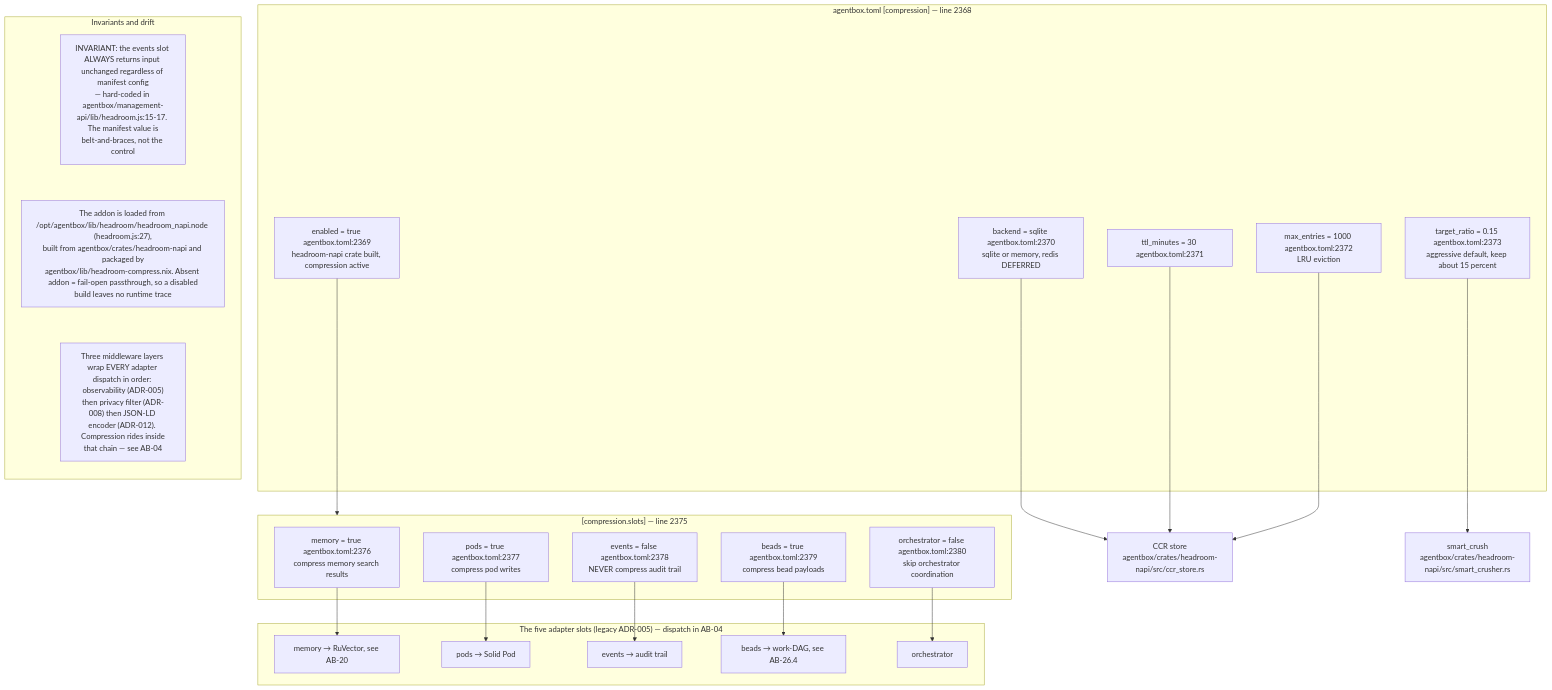
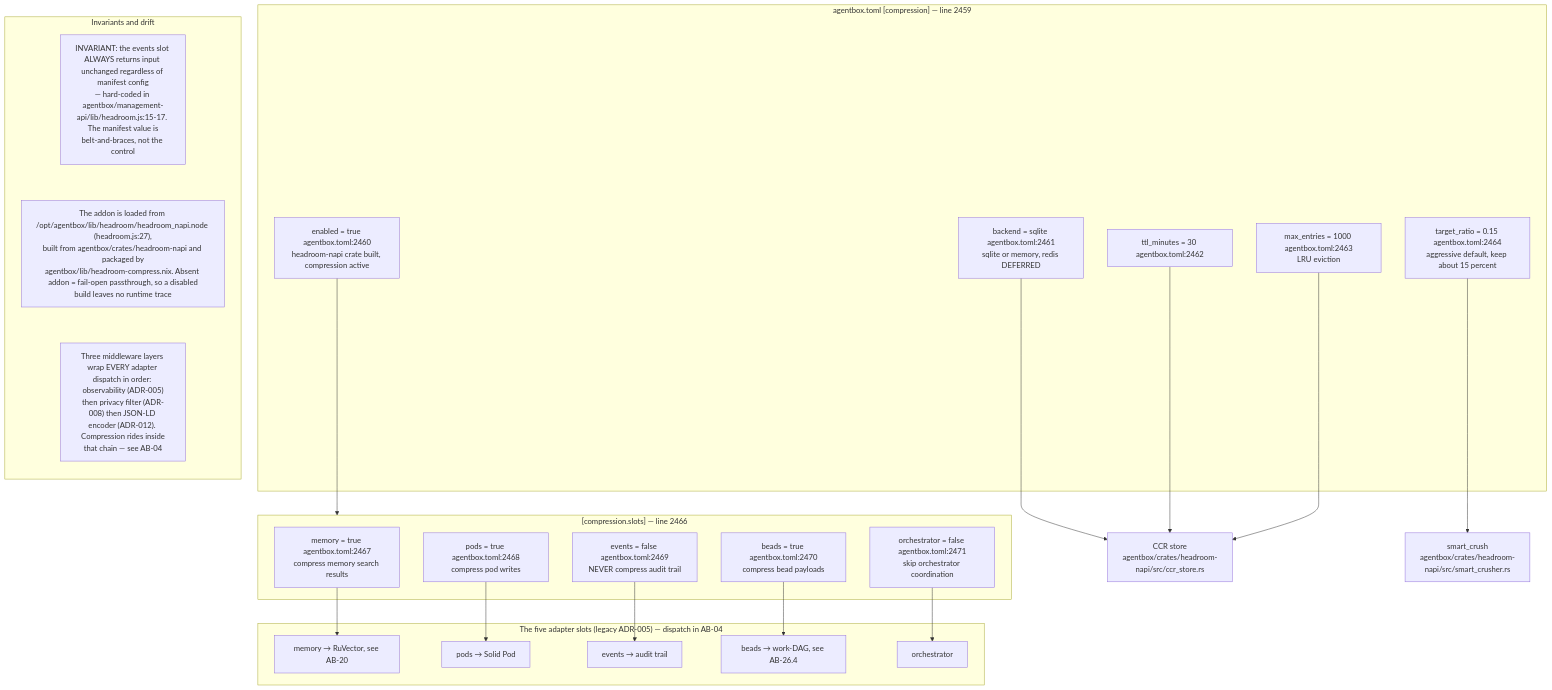
The ninth of 9 diagrams in docs/diagrams/agentbox/26-headroom-beads-spawn-brain.md (DreamLab-AI/VisionFlow), drawn with Mermaid before and after one commit. The commit also changed other lines of this file and 160 other files, not shown here.

````diff
--- a/docs/diagrams/agentbox/26-headroom-beads-spawn-brain.md
+++ b/docs/diagrams/agentbox/26-headroom-beads-spawn-brain.md
@@ -364,41 +367,41 @@
 ```mermaid
 flowchart TB
-    subgraph man["agentbox.toml [compression] — line 2368"]
-        E["enabled = true agentbox.toml:2369<br/>headroom-napi crate built, compression active"]
-        B["backend = sqlite agentbox.toml:2370<br/>sqlite or memory, redis DEFERRED"]
-        T["ttl_minutes = 30 agentbox.toml:2371"]
-        M["max_entries = 1000 agentbox.toml:2372<br/>LRU eviction"]
-        R["target_ratio = 0.15 agentbox.toml:2373<br/>aggressive default, keep about 15 percent"]
+    subgraph man["agentbox.toml [compression] — line 2459"]
+        E["enabled = true agentbox.toml:2460<br/>headroom-napi crate built, compression active"]
+        B["backend = sqlite agentbox.toml:2461<br/>sqlite or memory, redis DEFERRED"]
+        T["ttl_minutes = 30 agentbox.toml:2462"]
+        M["max_entries = 1000 agentbox.toml:2463<br/>LRU eviction"]
+        R["target_ratio = 0.15 agentbox.toml:2464<br/>aggressive default, keep about 15 percent"]
     end
-    subgraph slots["[compression.slots] — line 2375"]
-        S1["memory = true agentbox.toml:2376<br/>compress memory search results"]
-        S2["pods = true agentbox.toml:2377<br/>compress pod writes"]
-        S3["events = false agentbox.toml:2378<br/>NEVER compress audit trail"]
-        S4["beads = true agentbox.toml:2379<br/>compress bead payloads"]
-        S5["orchestrator = false agentbox.toml:2380<br/>skip orchestrator coordination"]
+    subgraph slots["[compression.slots] — line 2466"]
+        S1["memory = true agentbox.toml:2467<br/>compress memory search results"]
+        S2["pods = true agentbox.toml:2468<br/>compress pod writes"]
+        S3["events = false agentbox.toml:2469<br/>NEVER compress audit trail"]
+        S4["beads = true agentbox.toml:2470<br/>compress bead payloads"]
+        S5["orchestrator = false agentbox.toml:2471<br/>skip orchestrator coordination"]
     end
     subgraph adapters["The five adapter slots (legacy ADR-005) — dispatch in AB-04"]
         A1["memory → RuVector, see AB-20"]
         A2["pods → Solid Pod"]
         A3["events → audit trail"]
         A4["beads → work-DAG, see AB-26.4"]
         A5["orchestrator"]
     end
     E --> slots
     S1 --> A1
     S2 --> A2
     S3 --> A3
     S4 --> A4
     S5 --> A5
     B --> CCR["CCR store<br/>agentbox/crates/headroom-napi/src/ccr_store.rs"]
     T --> CCR
     M --> CCR
     R --> SC["smart_crush<br/>agentbox/crates/headroom-napi/src/smart_crusher.rs"]
     subgraph notes["Invariants and drift"]
         direction TB
         N1["INVARIANT: the events slot ALWAYS returns input unchanged regardless of manifest config<br/>— hard-coded in agentbox/management-api/lib/headroom.js:15-17. The manifest value is<br/>belt-and-braces, not the control"]
         N2["The addon is loaded from /opt/agentbox/lib/headroom/headroom_napi.node (headroom.js:27),<br/>built from agentbox/crates/headroom-napi and packaged by<br/>agentbox/lib/headroom-compress.nix. Absent addon = fail-open passthrough, so a disabled<br/>build leaves no runtime trace"]
         N3["Three middleware layers wrap EVERY adapter dispatch in order: observability (ADR-005)<br/>then privacy filter (ADR-008) then JSON-LD encoder (ADR-012). Compression rides inside<br/>that chain — see AB-04"]
         N1 ~~~ N2 ~~~ N3
     end
 ```
````
